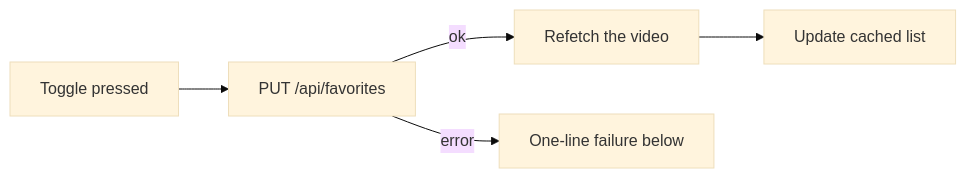
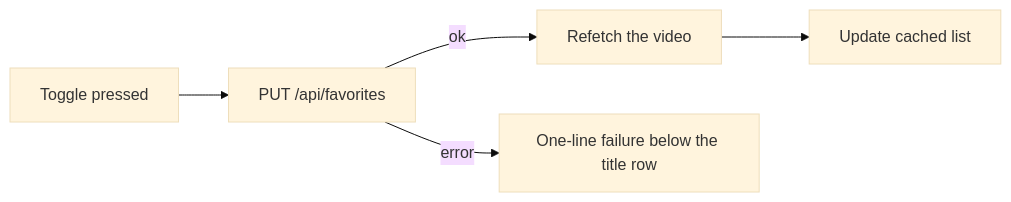
The tenth of 13 diagrams in docs/design-docs/library-ui.md (syudead/vv), drawn with Mermaid (base theme) before and after one commit. The commit also changed other lines of this file and 44 other files, not shown here.

````diff
--- a/docs/design-docs/library-ui.md
+++ b/docs/design-docs/library-ui.md
@@ -713,7 +713,7 @@
 ```mermaid
 flowchart LR
   press[Toggle pressed] --> put[PUT /api/favorites]
   put -->|ok| refetch[Refetch the video]
   refetch --> cache[Update cached list]
-  put -->|error| line[One-line failure below]
+  put -->|error| line[One-line failure below the title row]
 ```
````
